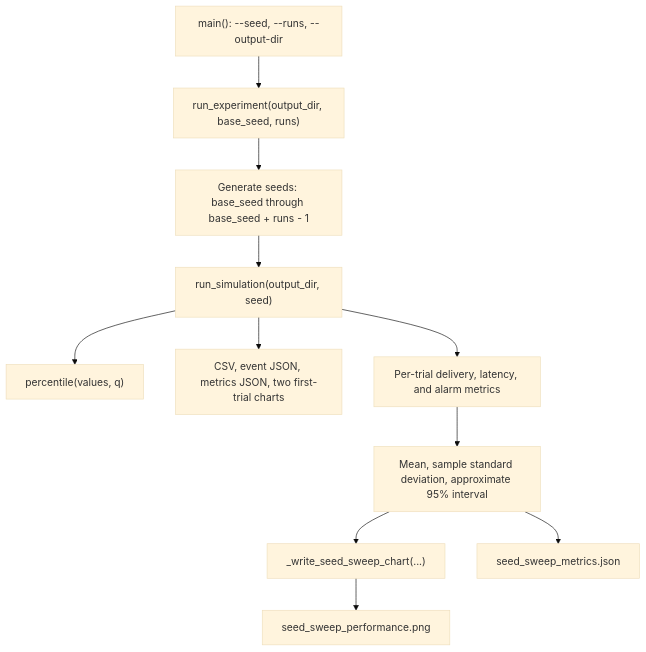
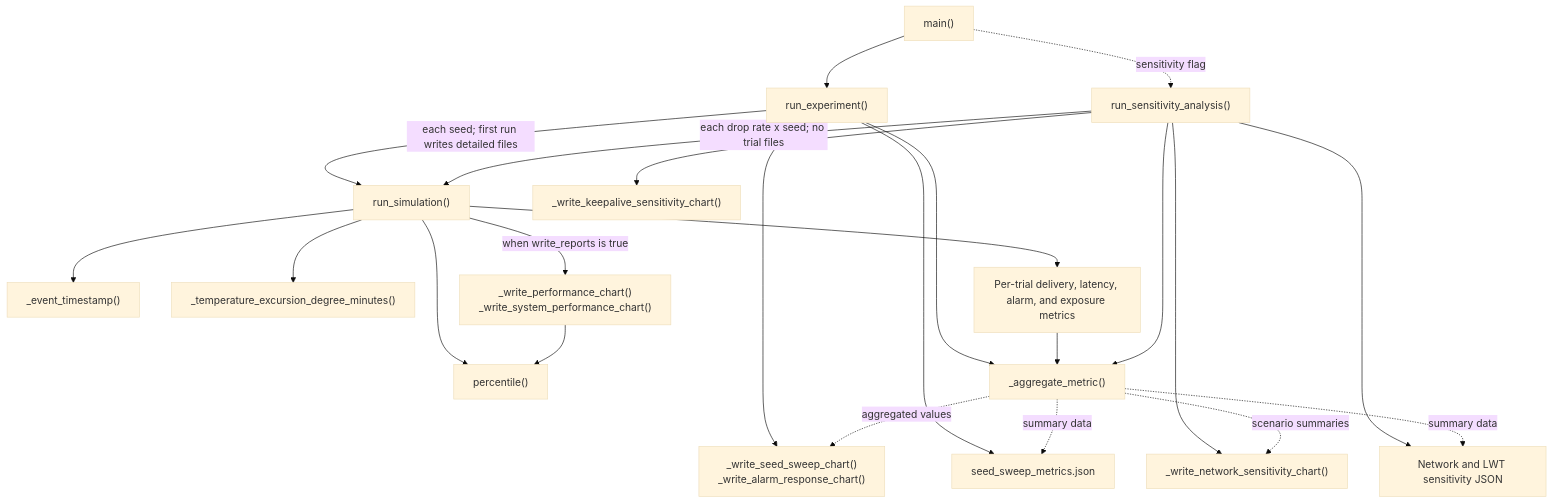
The fourth of 5 diagrams in docs/architecture.md (denerkr/cold-chain-iot-gateway), drawn with Mermaid (base theme) before and after one commit. The commit also changed other lines of this file and 8 other files, not shown here.

````diff
--- a/docs/architecture.md
+++ b/docs/architecture.md
@@ -149,13 +149,28 @@
 ```mermaid
 flowchart TD
-    CLI["main(): --seed, --runs, --output-dir"] --> Experiment["run_experiment(output_dir, base_seed, runs)"]
-    Experiment --> SeedRange["Generate seeds: base_seed through base_seed + runs - 1"]
-    SeedRange --> Trial["run_simulation(output_dir, seed)"]
-    Trial --> Percentile["percentile(values, q)"]
-    Trial --> Reports["CSV, event JSON, metrics JSON, two first-trial charts"]
-    Trial --> TrialMetrics["Per-trial delivery, latency, and alarm metrics"]
-    TrialMetrics --> Aggregate["Mean, sample standard deviation, approximate 95% interval"]
-    Aggregate --> SweepChart["_write_seed_sweep_chart(...)"]
-    Aggregate --> Summary["seed_sweep_metrics.json"]
-    SweepChart --> SweepPNG["seed_sweep_performance.png"]
+    Main["main()"] --> Experiment["run_experiment()"]
+    Main -.->|sensitivity flag| Sensitivity["run_sensitivity_analysis()"]
+
+    Experiment -->|each seed; first run writes detailed files| Trial["run_simulation()"]
+    Trial --> EventTime["_event_timestamp()"]
+    Trial --> DegreeMinutes["_temperature_excursion_degree_minutes()"]
+    Trial --> Percentile["percentile()"]
+    Trial -->|when write_reports is true| SingleCharts["_write_performance_chart()<br/>_write_system_performance_chart()"]
+    SingleCharts --> Percentile
+    Trial --> TrialMetrics["Per-trial delivery, latency, alarm, and exposure metrics"]
+
+    Experiment --> Aggregate["_aggregate_metric()"]
+    TrialMetrics --> Aggregate
+    Experiment --> SweepCharts["_write_seed_sweep_chart()<br/>_write_alarm_response_chart()"]
+    Experiment --> SweepJSON["seed_sweep_metrics.json"]
+    Aggregate -.->|aggregated values| SweepCharts
+    Aggregate -.->|summary data| SweepJSON
+
+    Sensitivity -->|each drop rate x seed; no trial files| Trial
+    Sensitivity --> Aggregate
+    Sensitivity --> NetworkChart["_write_network_sensitivity_chart()"]
+    Sensitivity --> KeepaliveChart["_write_keepalive_sensitivity_chart()"]
+    Sensitivity --> SensitivityJSON["Network and LWT sensitivity JSON"]
+    Aggregate -.->|scenario summaries| NetworkChart
+    Aggregate -.->|summary data| SensitivityJSON
 ```
````
